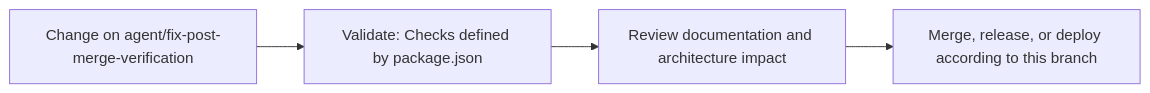
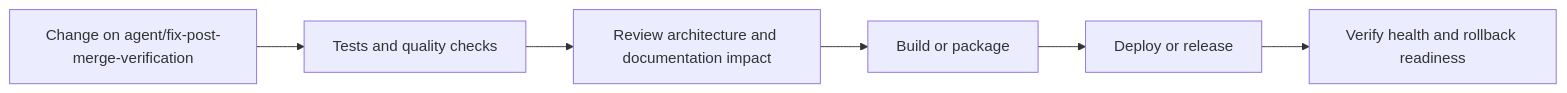
One commit to Nischhalsubba/rismfp-ui changed the fourth of 5 diagrams in README.md. Above: the diagram before and after it, drawn with Mermaid. The commit also changed other lines of this file, not shown here.

````diff
--- a/README.md
+++ b/README.md
@@ -71,8 +137,8 @@
 ```mermaid
 flowchart LR
-    CHANGE["Change on agent/fix-post-merge-verification"]
-    CHECK["Validate: Checks defined by package.json"]
-    REVIEW["Review documentation and architecture impact"]
-    RELEASE["Merge, release, or deploy according to this branch"]
-    CHANGE --> CHECK --> REVIEW --> RELEASE
+    CHANGE["Change on agent/fix-post-merge-verification"] --> CHECK["Tests and quality checks"]
+    CHECK --> REVIEW["Review architecture and documentation impact"]
+    REVIEW --> BUILD["Build or package"]
+    BUILD --> DEPLOY["Deploy or release"]
+    DEPLOY --> VERIFY["Verify health and rollback readiness"]
 ```
````
